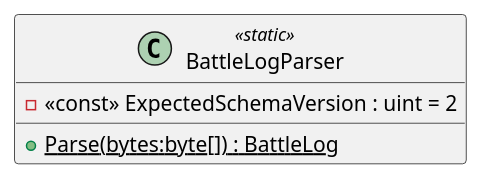
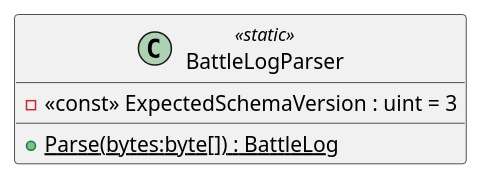
One commit to Tai-trinh/skock changed the diagram in diagrams/csharp/client/src/sim/BattleLogParser.puml. Above: the diagram before and after it, drawn with PlantUML. The commit also changed 30 other files, not shown here.

```diff
--- a/diagrams/csharp/client/src/sim/BattleLogParser.puml
+++ b/diagrams/csharp/client/src/sim/BattleLogParser.puml
@@ -1,6 +1,6 @@
 @startuml
 class BattleLogParser <<static>> {
-    - <<const>> ExpectedSchemaVersion : uint = 2
+    - <<const>> ExpectedSchemaVersion : uint = 3
     + {static} Parse(bytes:byte[]) : BattleLog
 }
 @enduml
```
